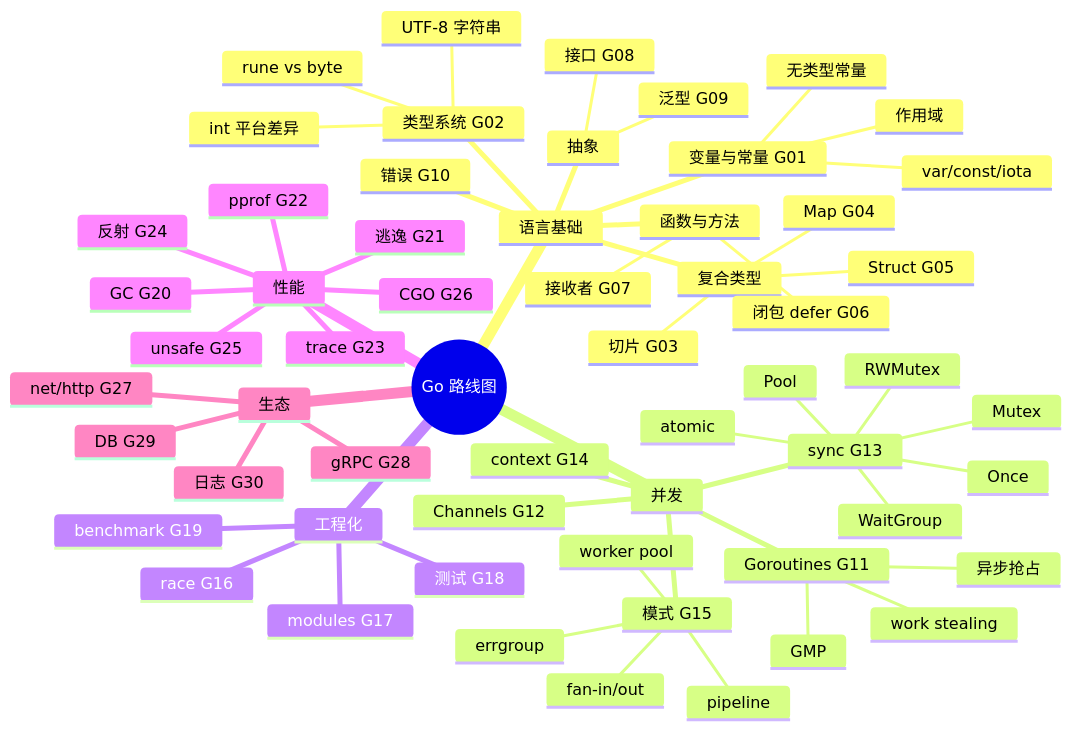
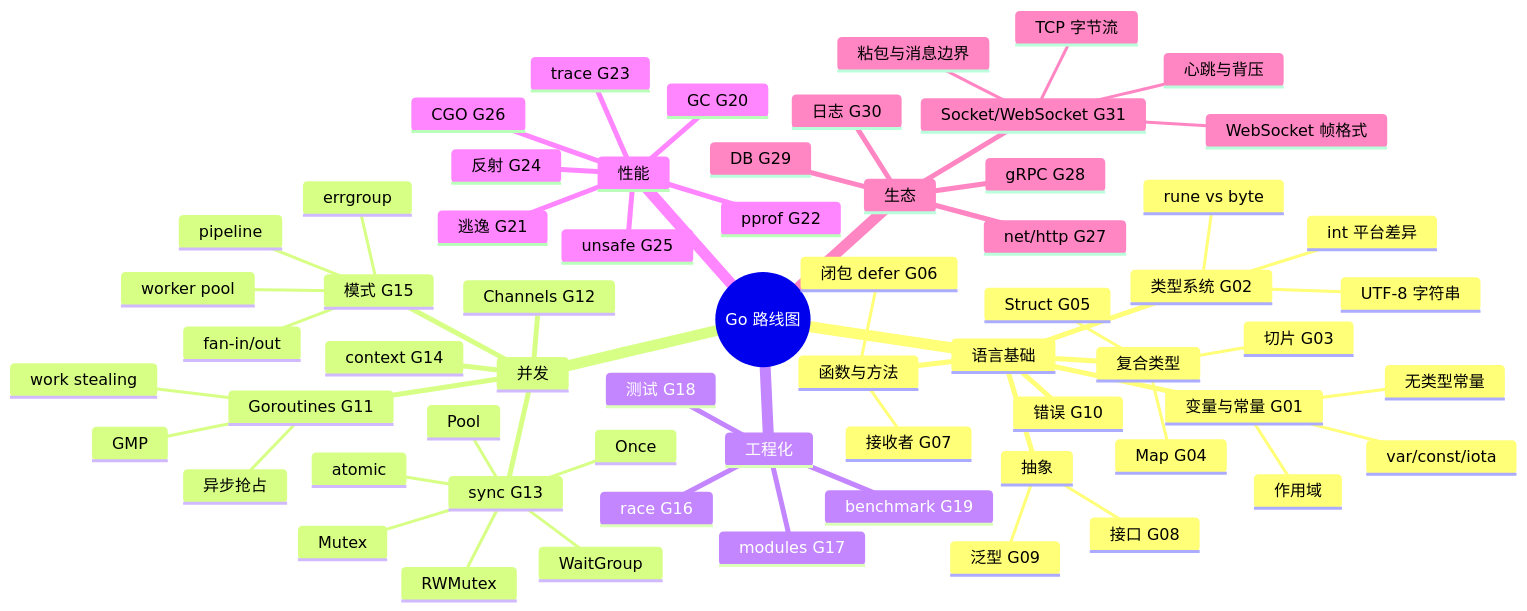
Before and after one commit to Kirby980/backend-handbook: diagram 13 of 18 in golang/ROADMAP.md, drawn with Mermaid. The commit also changed other lines of this file and 9 other files, not shown here.

````diff
--- a/golang/ROADMAP.md
+++ b/golang/ROADMAP.md
@@ -330,61 +335,66 @@
 ```mermaid
 mindmap
   root((Go 路线图))
     语言基础
       变量与常量 G01
         var/const/iota
         无类型常量
         作用域
       类型系统 G02
         int 平台差异
         UTF-8 字符串
         rune vs byte
       复合类型
         切片 G03
         Map G04
         Struct G05
       函数与方法
         闭包 defer G06
         接收者 G07
       抽象
         接口 G08
         泛型 G09
       错误 G10
     并发
       Goroutines G11
         GMP
         work stealing
         异步抢占
       Channels G12
       sync G13
         Mutex
         RWMutex
         WaitGroup
         Once
         Pool
         atomic
       context G14
       模式 G15
         pipeline
         fan-in/out
         worker pool
         errgroup
     工程化
       race G16
       modules G17
       测试 G18
       benchmark G19
     性能
       GC G20
       逃逸 G21
       pprof G22
       trace G23
       反射 G24
       unsafe G25
       CGO G26
     生态
       net/http G27
       gRPC G28
       DB G29
       日志 G30
+      Socket/WebSocket G31
+        TCP 字节流
+        粘包与消息边界
+        WebSocket 帧格式
+        心跳与背压
 ```
````
